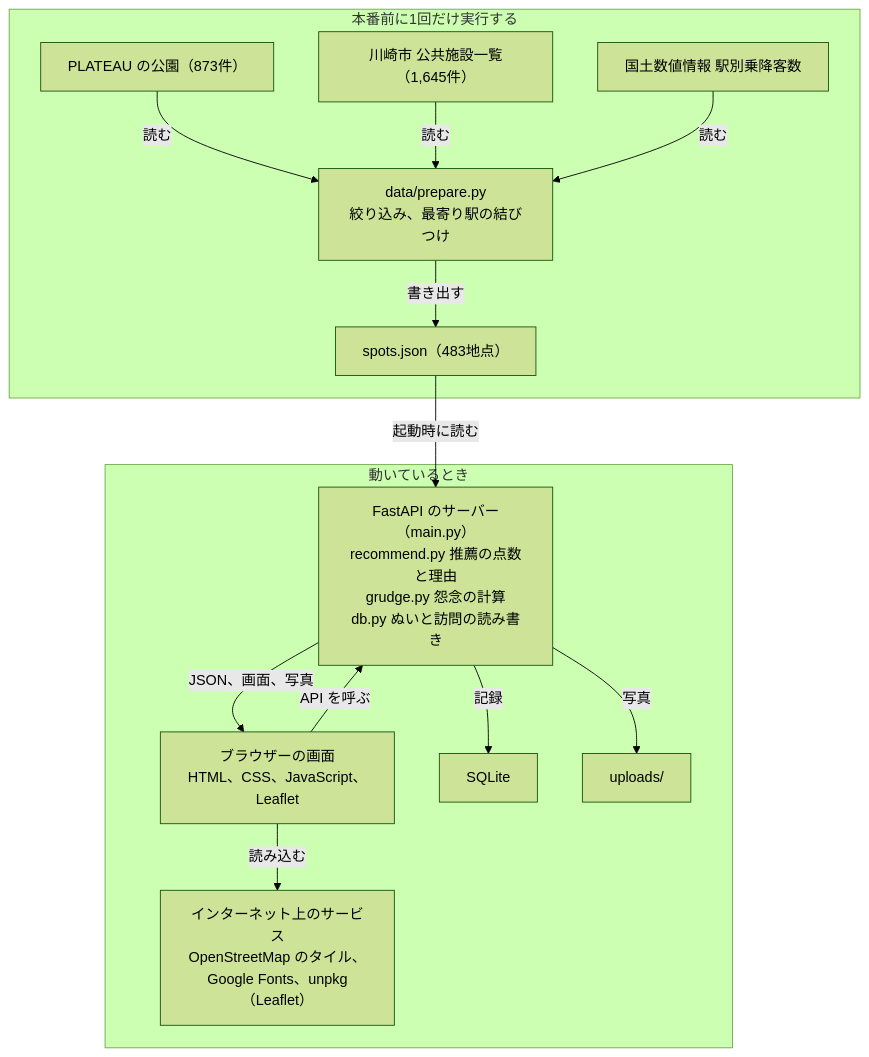
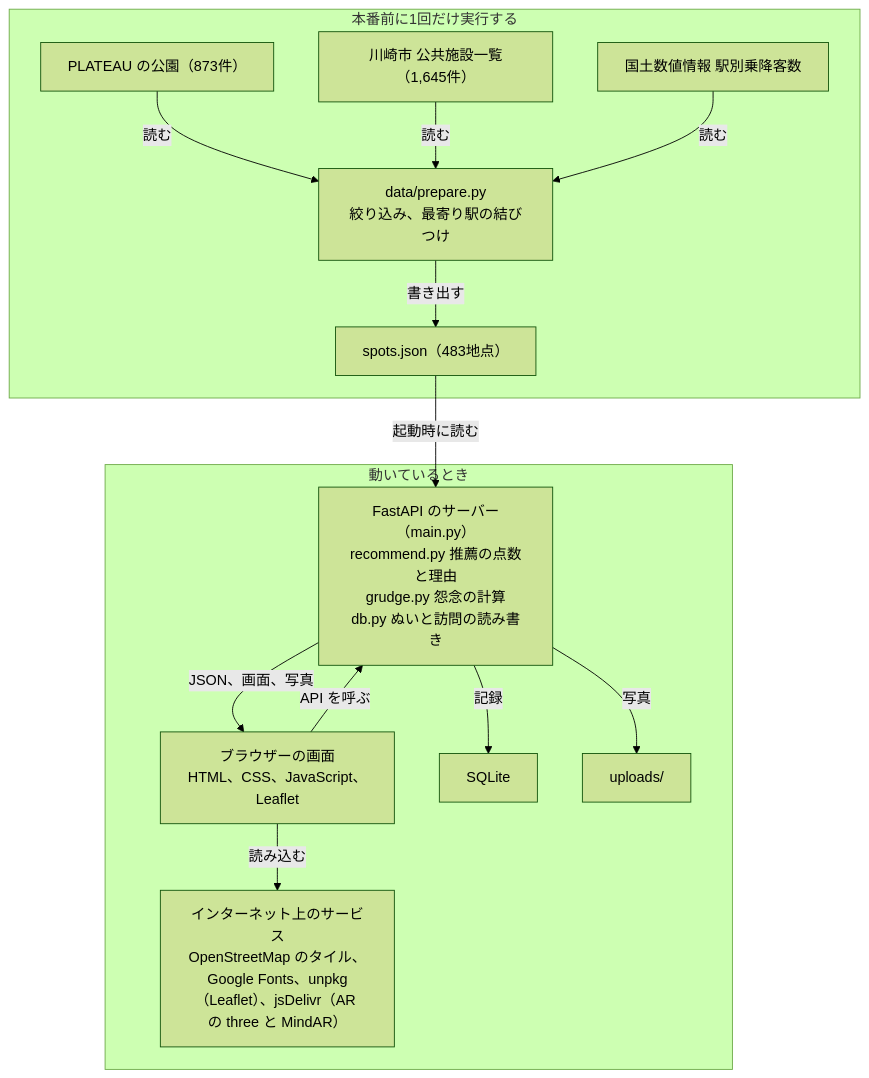
Before and after one commit to ituki1109/ProgateHackthon202611_PilgrimagetoSacredSites: the diagram in docs/overview.md, drawn with Mermaid (forest theme). The commit also changed other lines of this file and 4 other files, not shown here.

````diff
--- a/docs/overview.md
+++ b/docs/overview.md
@@ -26,17 +26,17 @@
 ```mermaid
 flowchart TB
   subgraph before["本番前に1回だけ実行する"]
     plateau["PLATEAU の公園（873件）"] -->|読む| prepare["data/prepare.py<br>絞り込み、最寄り駅の結びつけ"]
     facility["川崎市 公共施設一覧（1,645件）"] -->|読む| prepare
     station["国土数値情報 駅別乗降客数"] -->|読む| prepare
     prepare -->|書き出す| spots["spots.json（483地点）"]
   end
   subgraph running["動いているとき"]
     browser["ブラウザーの画面<br>HTML、CSS、JavaScript、Leaflet"] -->|API を呼ぶ| server["FastAPI のサーバー（main.py）<br>recommend.py 推薦の点数と理由<br>grudge.py 怨念の計算<br>db.py ぬいと訪問の読み書き"]
     server -->|JSON、画面、写真| browser
     server -->|記録| sqlite["SQLite"]
     server -->|写真| uploads["uploads/"]
-    browser -->|読み込む| external["インターネット上のサービス<br>OpenStreetMap のタイル、Google Fonts、unpkg（Leaflet）"]
+    browser -->|読み込む| external["インターネット上のサービス<br>OpenStreetMap のタイル、Google Fonts、unpkg（Leaflet）、jsDelivr（AR の three と MindAR）"]
   end
   spots -->|起動時に読む| server
 ```
````
